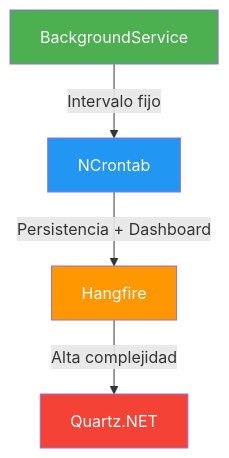
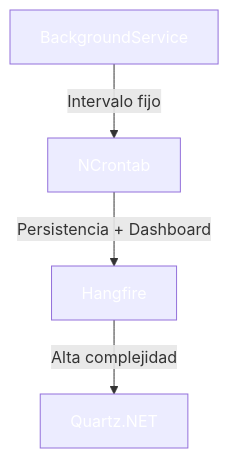
One commit to joseluisgs/DesarrolloWebEntornosServidor-02-2026-2027 changed the second of 4 diagrams in 22-tareas-programadas.md. Above: the diagram before and after it, drawn with Mermaid. The commit also changed other lines of this file and 41 other files, not shown here.

````diff
--- a/22-tareas-programadas.md
+++ b/22-tareas-programadas.md
@@ -107,10 +107,10 @@
 ```mermaid
 flowchart TB
     BS["BackgroundService"] -->|"Intervalo fijo"| NC["NCrontab"]
     NC -->|"Persistencia + Dashboard"| HB["Hangfire"]
     HB -->|"Alta complejidad"| QZ["Quartz.NET"]
-    style BS fill:#4CAF50,color:#fff
-    style NC fill:#2196F3,color:#fff
-    style HB fill:#FF9800,color:#fff
-    style QZ fill:#f44336,color:#fff
+    style BS fill:#4CAF5,color:#fff0,color:#fff
+    style NC fill:#2196F,color:#fff3,color:#fff
+    style HB fill:#FF980,color:#fff0,color:#fff
+    style QZ fill:#f4433,color:#fff6,color:#fff
 ```
````
